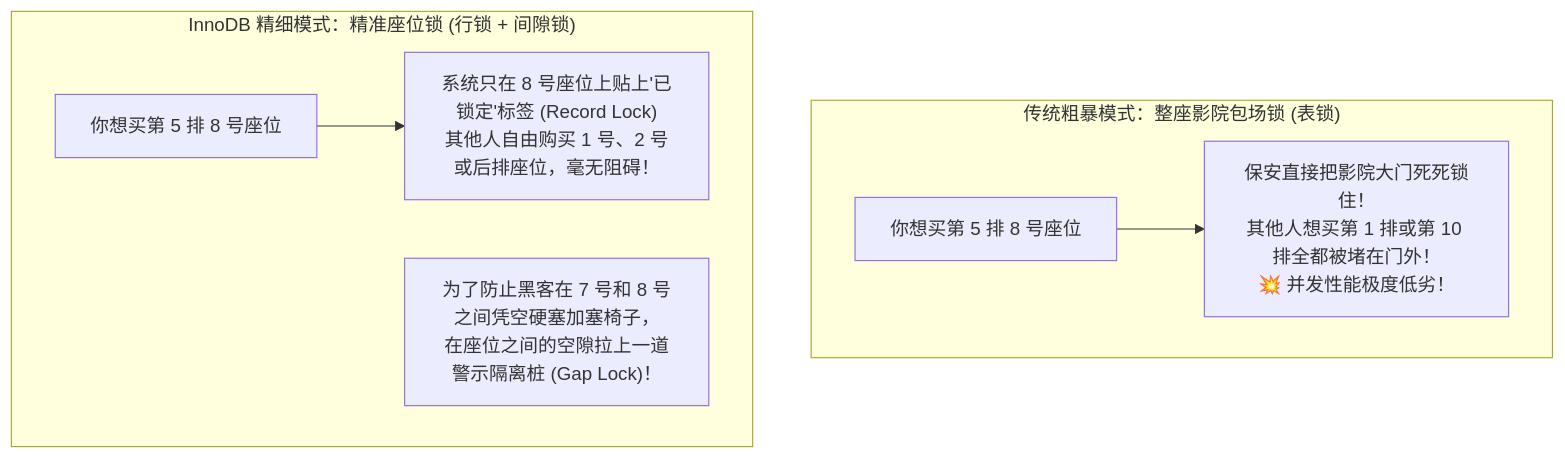
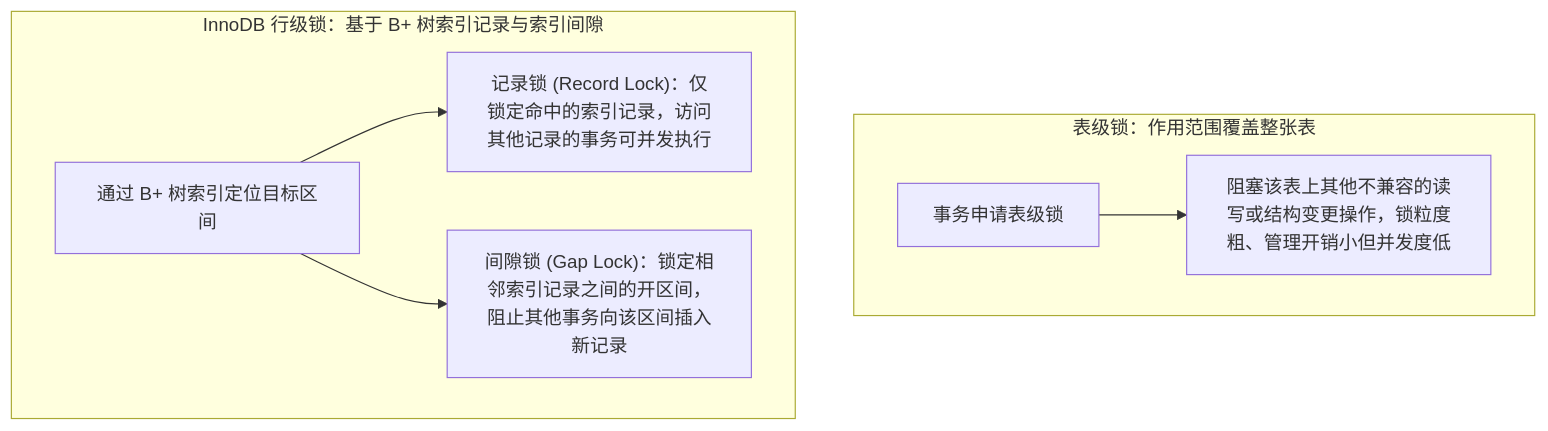
Before and after one commit to GuoWWWX/knowledge-base: the first of 5 diagrams in 20-Java后端/05-数据库与存储/03-MySQL锁机制.md, drawn with Mermaid. The commit also changed other lines of this file and 251 other files, not shown here.

````diff
--- a/20-Java后端/05-数据库与存储/03-MySQL锁机制.md
+++ b/20-Java后端/05-数据库与存储/03-MySQL锁机制.md
@@ -24,11 +24,11 @@
 ```mermaid
 flowchart TD
-    subgraph Bad["传统粗暴模式：整座影院包场锁 (表锁)"]
-        A1["你想买第 5 排 8 号座位"] --> A2["保安直接把影院大门死死锁住！<br/>其他人想买第 1 排或第 10 排全都被堵在门外！<br/>💥 并发性能极度低劣！"]
+    subgraph TableLock["表级锁：作用范围覆盖整张表"]
+        A1["事务申请表级锁"] --> A2["阻塞该表上其他不兼容的读写或结构变更操作，锁粒度粗、管理开销小但并发度低"]
     end
 
-    subgraph Good["InnoDB 精细模式：精准座位锁 (行锁 + 间隙锁)"]
-        B1["你想买第 5 排 8 号座位"] --> B2["系统只在 8 号座位上贴上'已锁定'标签 (Record Lock)<br/>其他人自由购买 1 号、2 号或后排座位，毫无阻碍！"]
-        B3["为了防止黑客在 7 号和 8 号之间凭空硬塞加塞椅子，<br/>在座位之间的空隙拉上一道警示隔离桩 (Gap Lock)！"]
+    subgraph RowLock["InnoDB 行级锁：基于 B+ 树索引记录与索引间隙"]
+        B1["通过 B+ 树索引定位目标区间"] --> B2["记录锁 (Record Lock)：仅锁定命中的索引记录，访问其他记录的事务可并发执行"]
+        B1 --> B3["间隙锁 (Gap Lock)：锁定相邻索引记录之间的开区间，阻止其他事务向该区间插入新记录"]
     end
 ```
````
